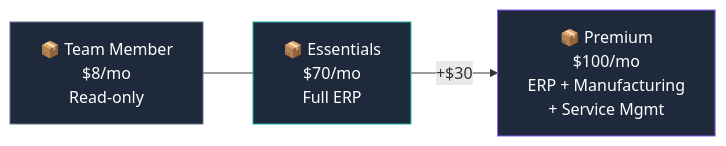
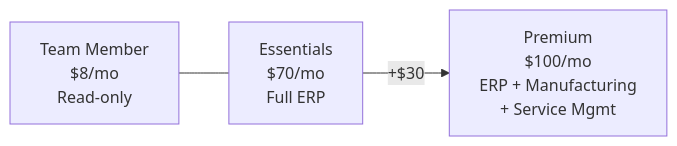
The diagram in content/licensing/dynamics-365-business-central.md (susanthgit/aguidetocloud-revamp), drawn with Mermaid before and after one commit. The commit also changed 553 other files, not shown here.

First line of the commit message:
🌸 Z17: Zen Mermaid diagrams — Stripe Docs style

````diff
--- a/content/licensing/dynamics-365-business-central.md
+++ b/content/licensing/dynamics-365-business-central.md
@@ -44,11 +44,8 @@
 ```mermaid
 flowchart LR
-    TM["📦 Team Member\n$8/mo\nRead-only"]
-    ESS["📦 Essentials\n$70/mo\nFull ERP"]
-    PRE["📦 Premium\n$100/mo\nERP + Manufacturing\n+ Service Mgmt"]
+    TM["Team Member<br/>$8/mo<br/>Read-only"]
+    ESS["Essentials<br/>$70/mo<br/>Full ERP"]
+    PRE["Premium<br/>$100/mo<br/>ERP + Manufacturing<br/>+ Service Mgmt"]
     TM --- ESS
     ESS -->|"+$30"| PRE
-    style TM fill:#1e293b,stroke:#64748b,color:#ffffff
-    style ESS fill:#1e293b,stroke:#14b8a6,color:#ffffff
-    style PRE fill:#1e293b,stroke:#8b5cf6,color:#ffffff
 ```
````
